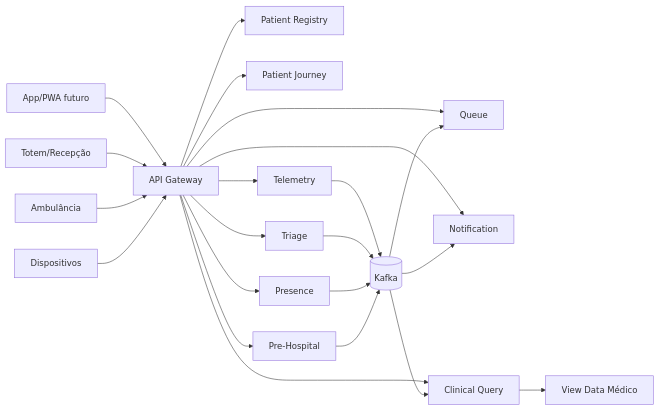
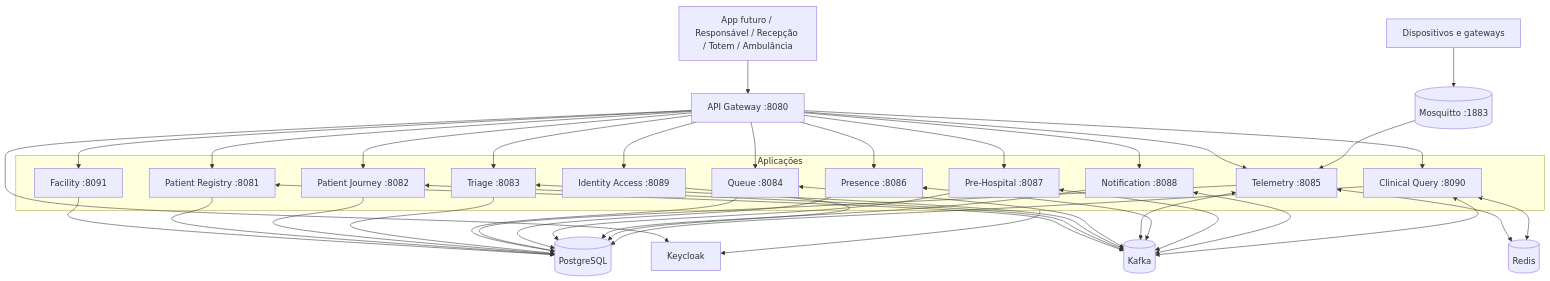
The diagram in architecture/diagrams/container-view.mmd (RafaelPinheiroCosta/sus-smart-care), drawn with Mermaid before and after one commit. The commit also changed 46 other files, not shown here.

```diff
--- a/architecture/diagrams/container-view.mmd
+++ b/architecture/diagrams/container-view.mmd
@@ -1,22 +1,67 @@
-flowchart LR
-  APP[App/PWA futuro] --> GW[API Gateway]
-  KIOSK[Totem/Recepção] --> GW
-  AMB[Ambulância] --> GW
-  DEV[Dispositivos] --> GW
-  GW --> PR[Patient Registry]
-  GW --> PJ[Patient Journey]
-  GW --> TR[Triage]
-  GW --> Q[Queue]
-  GW --> TE[Telemetry]
-  GW --> PS[Presence]
-  GW --> PH[Pre-Hospital]
-  GW --> NO[Notification]
-  GW --> CQ[Clinical Query]
-  TE --> K[(Kafka)]
-  TR --> K
-  PS --> K
-  PH --> K
-  K --> CQ
-  K --> NO
-  K --> Q
-  CQ --> DOC[View Data Médico]
+flowchart TB
+  CHANNELS[App futuro / Responsável / Recepção / Totem / Ambulância]
+  DEV[Dispositivos e gateways]
+  GW[API Gateway :8080]
+  MQTT[(Mosquitto :1883)]
+
+  subgraph APPS[Aplicações]
+    FAC[Facility :8091]
+    PR[Patient Registry :8081]
+    PJ[Patient Journey :8082]
+    TR[Triage :8083]
+    Q[Queue :8084]
+    TE[Telemetry :8085]
+    PS[Presence :8086]
+    PH[Pre-Hospital :8087]
+    NO[Notification :8088]
+    IA[Identity Access :8089]
+    CQ[Clinical Query :8090]
+  end
+
+  CHANNELS --> GW
+  GW --> FAC
+  GW --> PR
+  GW --> PJ
+  GW --> TR
+  GW --> Q
+  GW --> TE
+  GW --> PS
+  GW --> PH
+  GW --> NO
+  GW --> IA
+  GW --> CQ
+
+  DEV --> MQTT --> TE
+
+  K[(Kafka)]
+  PG[(PostgreSQL)]
+  R[(Redis)]
+  KC[Keycloak]
+
+  PR <--> K
+  PJ <--> K
+  TR <--> K
+  Q <--> K
+  TE <--> K
+  PS <--> K
+  PH <--> K
+  NO <--> K
+  CQ <--> K
+
+  TE <--> R
+  CQ <--> R
+
+  FAC --> PG
+  PR --> PG
+  PJ --> PG
+  TR --> PG
+  Q --> PG
+  TE --> PG
+  PS --> PG
+  PH --> PG
+  NO --> PG
+  IA --> PG
+  CQ --> PG
+
+  GW --> KC
+  APPS --> KC
```
